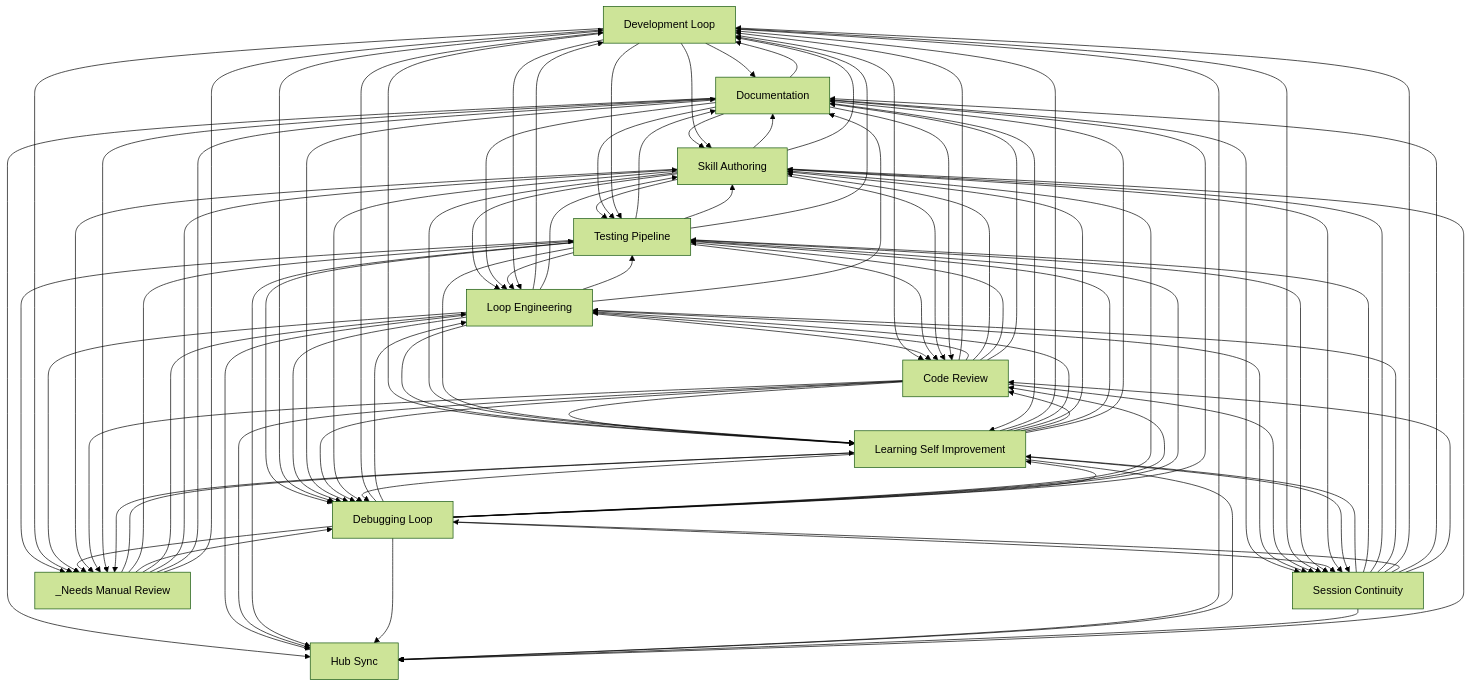
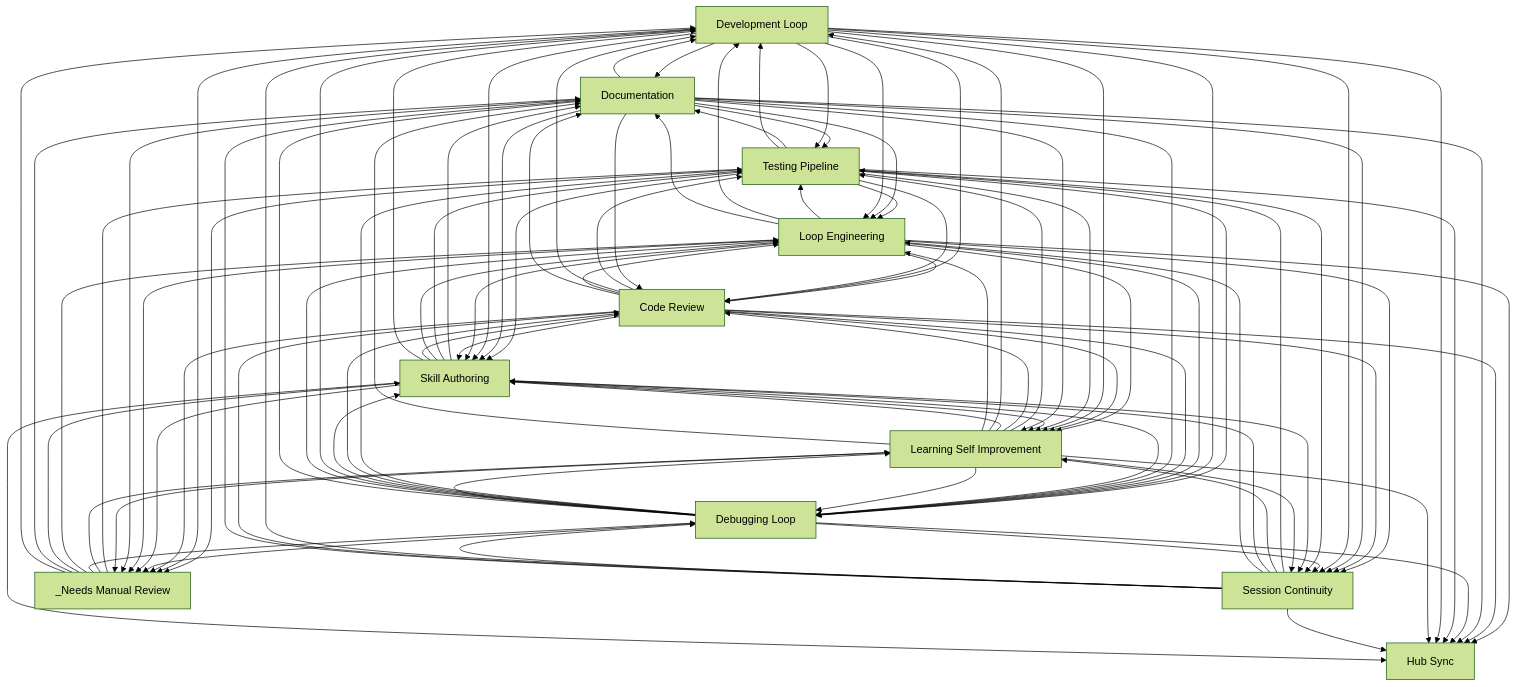
Before and after one commit to abhayla/claude-best-practices: the diagram in docs/workflows/INDEX.md, drawn with Mermaid (forest theme). The commit also changed other lines of this file and 13 other files, not shown here.

````diff
--- a/docs/workflows/INDEX.md
+++ b/docs/workflows/INDEX.md
@@ -33,86 +33,86 @@
     documentation[Documentation]
     hub_sync[Hub Sync]
     _needs_manual_review[_Needs Manual Review]
+    testing_pipeline --> documentation
     skill_authoring --> documentation
-    testing_pipeline --> documentation
     development_loop --> documentation
+    testing_pipeline --> loop_engineering
+    testing_pipeline --> skill_authoring
     skill_authoring --> testing_pipeline
     skill_authoring --> loop_engineering
-    documentation --> skill_authoring
     documentation --> testing_pipeline
     documentation --> loop_engineering
-    testing_pipeline --> skill_authoring
-    testing_pipeline --> loop_engineering
-    development_loop --> skill_authoring
+    documentation --> skill_authoring
     development_loop --> testing_pipeline
     development_loop --> loop_engineering
-    development_loop --> code_review
+    development_loop --> skill_authoring
+    loop_engineering --> testing_pipeline
+    loop_engineering --> code_review
+    loop_engineering --> skill_authoring
     loop_engineering --> development_loop
-    loop_engineering --> skill_authoring
-    loop_engineering --> code_review
-    loop_engineering --> testing_pipeline
+    code_review --> testing_pipeline
+    code_review --> skill_authoring
     code_review --> development_loop
     code_review --> loop_engineering
-    code_review --> skill_authoring
-    code_review --> testing_pipeline
-    development_loop --> learning_self_improvement
+    development_loop --> code_review
     loop_engineering --> learning_self_improvement
     code_review --> learning_self_improvement
+    development_loop --> learning_self_improvement
     testing_pipeline --> development_loop
     testing_pipeline --> debugging_loop
     testing_pipeline --> code_review
+    debugging_loop --> testing_pipeline
+    debugging_loop --> code_review
+    debugging_loop --> skill_authoring
     debugging_loop --> development_loop
     debugging_loop --> loop_engineering
-    debugging_loop --> skill_authoring
-    debugging_loop --> code_review
-    debugging_loop --> testing_pipeline
     development_loop --> debugging_loop
     documentation --> development_loop
     loop_engineering --> debugging_loop
     loop_engineering --> documentation
+    skill_authoring --> code_review
     skill_authoring --> development_loop
-    skill_authoring --> code_review
+    testing_pipeline --> learning_self_improvement
     skill_authoring --> learning_self_improvement
-    testing_pipeline --> learning_self_improvement
     testing_pipeline --> _needs_manual_review
     development_loop --> _needs_manual_review
+    code_review --> debugging_loop
+    documentation --> code_review
     documentation --> debugging_loop
-    documentation --> code_review
-    code_review --> debugging_loop
+    loop_engineering --> session_continuity
+    loop_engineering --> hub_sync
+    code_review --> session_continuity
+    code_review --> hub_sync
+    code_review --> documentation
     documentation --> learning_self_improvement
     documentation --> session_continuity
     documentation --> hub_sync
-    loop_engineering --> session_continuity
-    loop_engineering --> hub_sync
-    code_review --> documentation
-    code_review --> session_continuity
-    code_review --> hub_sync
+    session_continuity --> testing_pipeline
     session_continuity --> learning_self_improvement
-    session_continuity --> testing_pipeline
     development_loop --> session_continuity
+    _needs_manual_review --> testing_pipeline
     _needs_manual_review --> learning_self_improvement
-    _needs_manual_review --> testing_pipeline
-    testing_pipeline --> session_continuity
     debugging_loop --> learning_self_improvement
     debugging_loop --> session_continuity
+    testing_pipeline --> session_continuity
+    debugging_loop --> hub_sync
+    debugging_loop --> documentation
     testing_pipeline --> hub_sync
-    debugging_loop --> documentation
-    debugging_loop --> hub_sync
     development_loop --> hub_sync
     skill_authoring --> session_continuity
     skill_authoring --> debugging_loop
     _needs_manual_review --> debugging_loop
     _needs_manual_review --> loop_engineering
+    learning_self_improvement --> testing_pipeline
+    learning_self_improvement --> code_review
+    learning_self_improvement --> debugging_loop
+    learning_self_improvement --> skill_authoring
     learning_self_improvement --> development_loop
     learning_self_improvement --> loop_engineering
-    learning_self_improvement --> debugging_loop
-    learning_self_improvement --> skill_authoring
-    learning_self_improvement --> code_review
-    learning_self_improvement --> testing_pipeline
-    loop_engineering --> _needs_manual_review
+    code_review --> _needs_manual_review
     debugging_loop --> _needs_manual_review
     skill_authoring --> _needs_manual_review
-    code_review --> _needs_manual_review
+    loop_engineering --> _needs_manual_review
     _needs_manual_review --> skill_authoring
     _needs_manual_review --> documentation
     _needs_manual_review --> development_loop
@@ -120,13 +120,13 @@
     documentation --> _needs_manual_review
     session_continuity --> skill_authoring
     session_continuity --> loop_engineering
+    learning_self_improvement --> hub_sync
     learning_self_improvement --> documentation
-    learning_self_improvement --> hub_sync
     session_continuity --> development_loop
     session_continuity --> debugging_loop
+    session_continuity --> code_review
+    session_continuity --> hub_sync
     session_continuity --> documentation
-    session_continuity --> hub_sync
-    session_continuity --> code_review
     skill_authoring --> hub_sync
     learning_self_improvement --> _needs_manual_review
 ```
````
